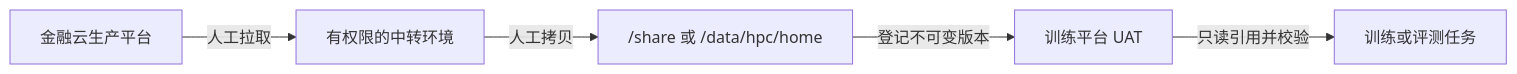
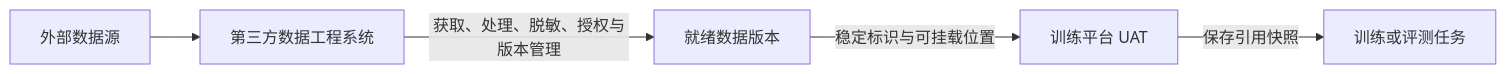
One commit to gqcn/ltp changed the second of 3 diagrams in docs/平台规划/0-大模型训练平台规划.md. Above: the diagram before and after it, drawn with Mermaid. The commit also changed other lines of this file and 20 other files, not shown here.

````diff
--- a/docs/平台规划/0-大模型训练平台规划.md
+++ b/docs/平台规划/0-大模型训练平台规划.md
@@ -45,7 +54,7 @@
 ```mermaid
 flowchart LR
-    A["金融云生产平台"] -->|"人工拉取"| B["有权限的中转环境"]
-    B -->|"人工拷贝"| C["/share 或 /data/hpc/home"]
-    C -->|"登记不可变版本"| D["训练平台 UAT"]
-    D -->|"只读引用并校验"| E["训练或评测任务"]
+    A["外部数据源"] --> B["第三方数据工程系统"]
+    B -->|"获取、处理、脱敏、授权与版本管理"| C["就绪数据版本"]
+    C -->|"稳定标识与可挂载位置"| D["训练平台 UAT"]
+    D -->|"保存引用快照"| E["训练或评测任务"]
 ```
````
